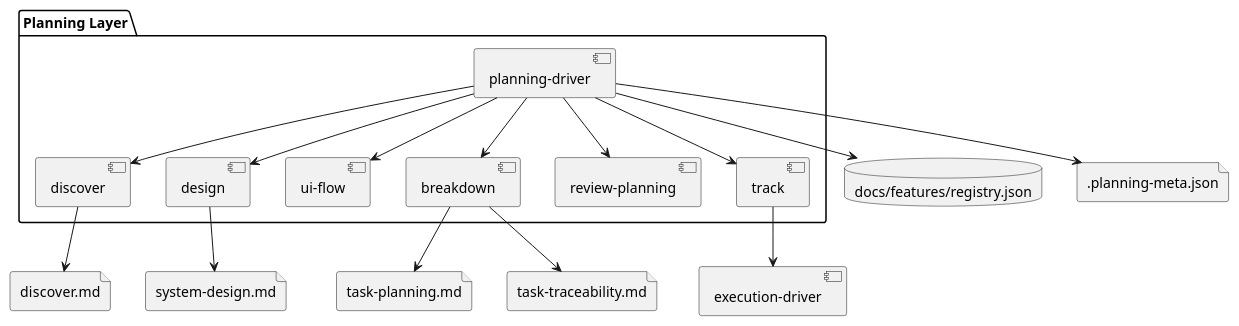
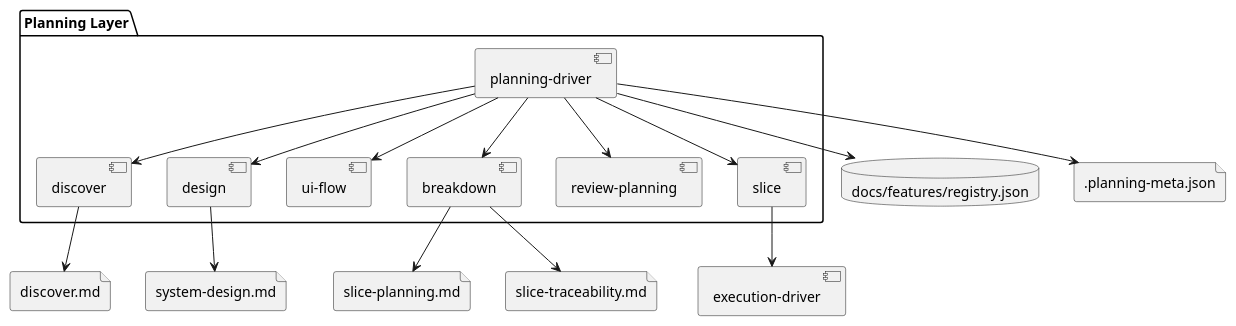
Before and after one commit to sirius-cc-wu/sirius-skills: the diagram in docs/features/planning-workflow/system-design.md, drawn with PlantUML. The commit also changed other lines of this file and 65 other files, not shown here.

````diff
--- a/docs/features/planning-workflow/system-design.md
+++ b/docs/features/planning-workflow/system-design.md
@@ -37,34 +37,34 @@
 ```plantuml
 @startuml
 package "Planning Layer" {
   [planning-driver]
   [discover]
   [design]
   [ui-flow]
   [breakdown]
   [review-planning]
-  [track]
+  [slice]
 }
 
 database "docs/features/registry.json" as Registry
 file ".planning-meta.json" as Meta
 file "discover.md" as Discover
 file "system-design.md" as DesignDoc
-file "task-planning.md" as TaskPlanning
-file "task-traceability.md" as TaskTraceability
+file "slice-planning.md" as SlicePlanning
+file "slice-traceability.md" as SliceTraceability
 
 [planning-driver] --> Registry
 [planning-driver] --> Meta
 [planning-driver] --> [discover]
 [planning-driver] --> [design]
 [planning-driver] --> [ui-flow]
 [planning-driver] --> [breakdown]
 [planning-driver] --> [review-planning]
-[planning-driver] --> [track]
+[planning-driver] --> [slice]
 [discover] --> Discover
 [design] --> DesignDoc
-[breakdown] --> TaskPlanning
-[breakdown] --> TaskTraceability
-[track] --> [execution-driver]
+[breakdown] --> SlicePlanning
+[breakdown] --> SliceTraceability
+[slice] --> [execution-driver]
 @enduml
 ```
````
